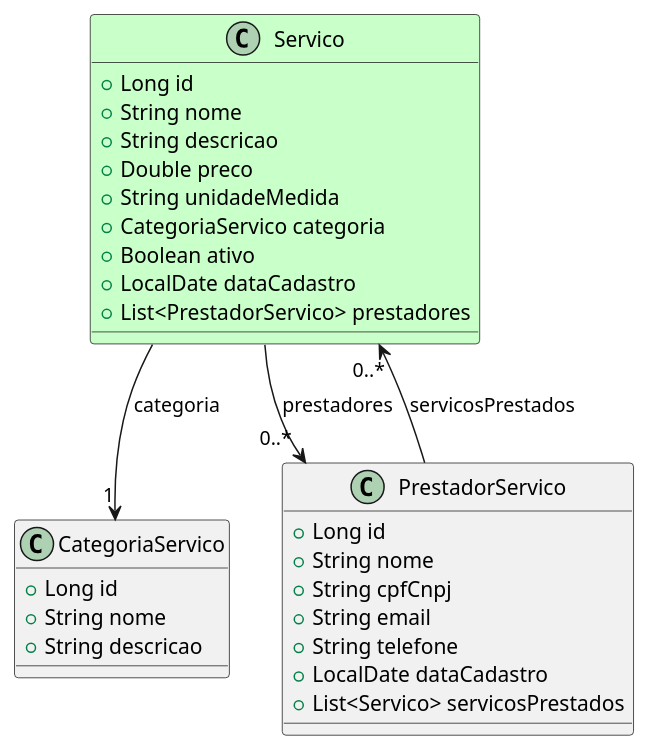
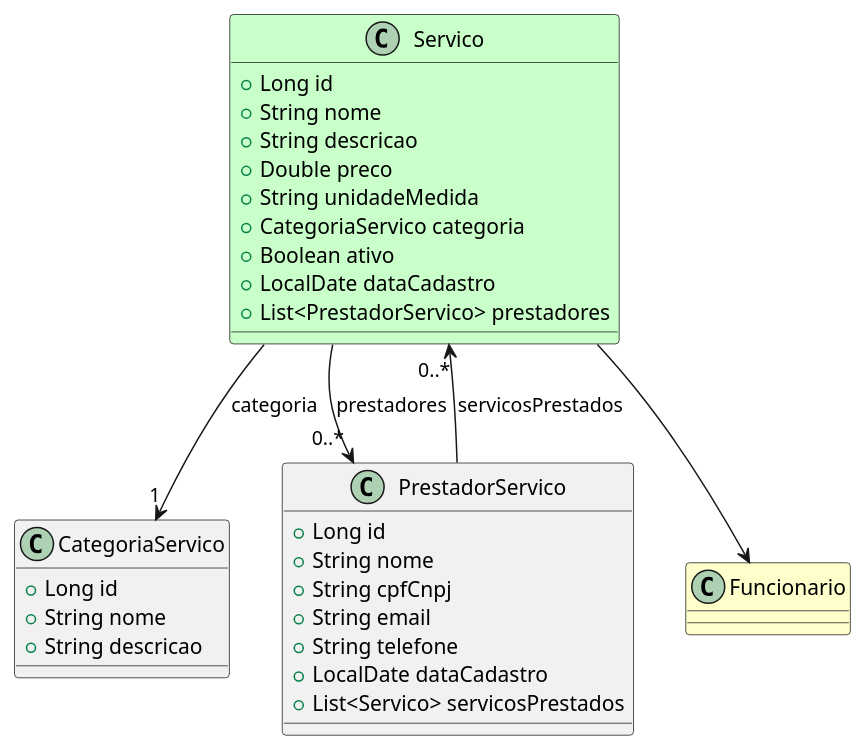
One commit to 20241-ifba-saj-ads-pweb/blog-material-aula changed the fourth of 11 diagrams in src/posts/14_trabalho.md. Above: the diagram before and after it, drawn with PlantUML. The commit also changed other lines of this file, not shown here.

````diff
--- a/src/posts/14_trabalho.md
+++ b/src/posts/14_trabalho.md
@@ -279,38 +262,43 @@
 ```plantuml
 
 @startuml
 class Servico #Technology{
     + Long id
     + String nome
     + String descricao
     + Double preco
     + String unidadeMedida
     + CategoriaServico categoria
     + Boolean ativo
     + LocalDate dataCadastro
     + List<PrestadorServico> prestadores
 }
 
 class CategoriaServico {
     + Long id
     + String nome
     + String descricao
 }
 
 class PrestadorServico {
     + Long id
     + String nome
     + String cpfCnpj
     + String email
     + String telefone
     + LocalDate dataCadastro
     + List<Servico> servicosPrestados
 }
 
+class Funcionario #Business{
+
+}
+
 
 Servico --> "1" CategoriaServico : categoria
 Servico --> "0..*" PrestadorServico : prestadores
 PrestadorServico --> "0..*" Servico : servicosPrestados
+Servico --> Funcionario
 @enduml
 
 ```
````
